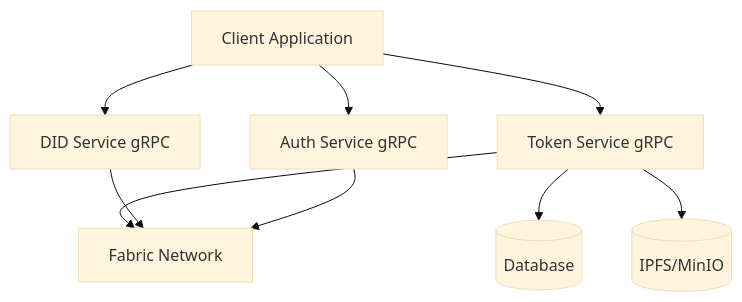
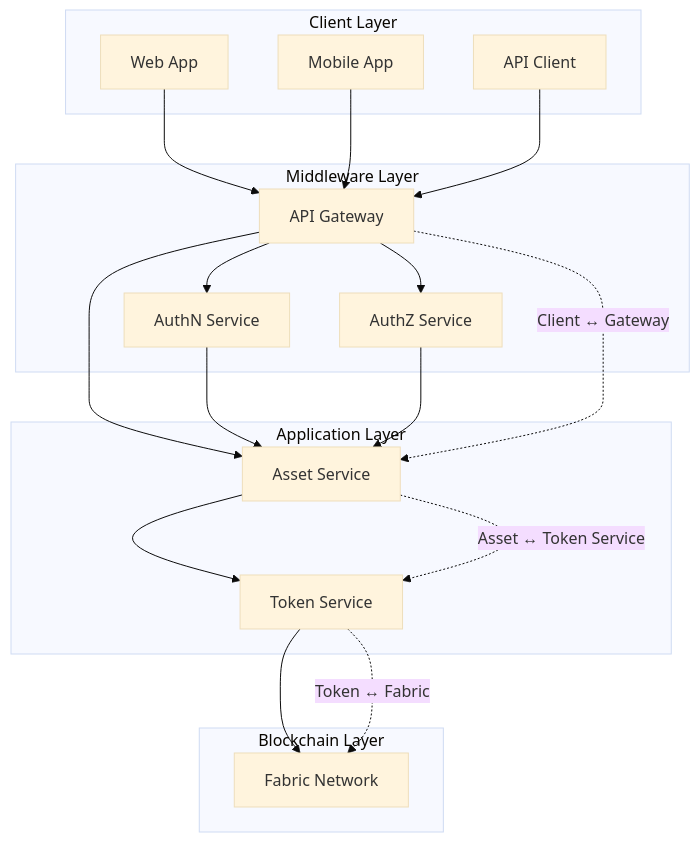
The first of 2 diagrams in docs/technical-design.vi.md (metafi-blockchain/metafi-digital-assets-service), drawn with Mermaid (base theme) before and after one commit. The commit also changed other lines of this file and 1 other file, not shown here.

````diff
--- a/docs/technical-design.vi.md
+++ b/docs/technical-design.vi.md
@@ -9,11 +7,42 @@
 ```mermaid
 graph TD
-    Client[Client Application] --> Token[Token Service gRPC]
-    Client --> Auth[Auth Service gRPC]
-    Client --> DID[DID Service gRPC]
-    Token --> Fabric[Fabric Network]
-    DID --> Fabric
-    Auth --> Fabric
-    Token --> DB[(Database)]
-    Token --> Storage[(IPFS/MinIO)]
+    subgraph "Client Layer"
+        Web[Web App]
+        Mobile[Mobile App]
+        API[API Client]
+    end
+
+    subgraph "Middleware Layer"
+        Gateway[API Gateway]
+        AuthN[AuthN Service]
+        AuthZ[AuthZ Service]
+    end
+
+    subgraph "Application Layer"
+        Asset[Asset Service]
+        Token[Token Service]
+    end
+
+    subgraph "Blockchain Layer"
+        Fabric[Fabric Network]
+    end
+
+    Web --> Gateway
+    Mobile --> Gateway
+    API --> Gateway
+
+    Gateway --> AuthN
+    Gateway --> AuthZ
+    Gateway --> Asset
+
+    AuthN --> Asset
+    AuthZ --> Asset
+
+    Asset --> Token
+    Token --> Fabric
+
+    %% Interface Labels
+    Gateway -.->|"Client ↔ Gateway"| Asset
+    Asset -.->|"Asset ↔ Token Service"| Token
+    Token -.->|"Token ↔ Fabric"| Fabric
 ```
````
